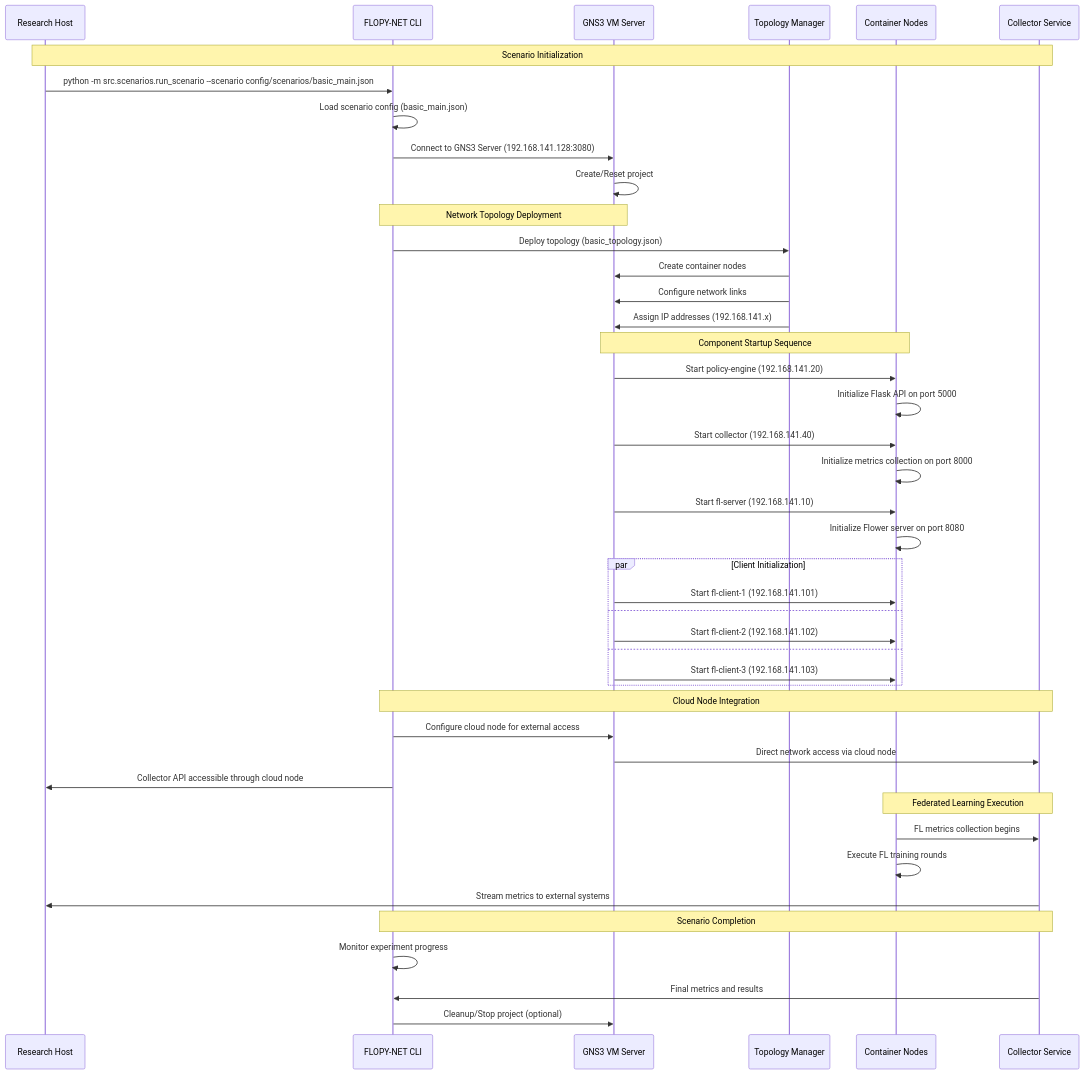
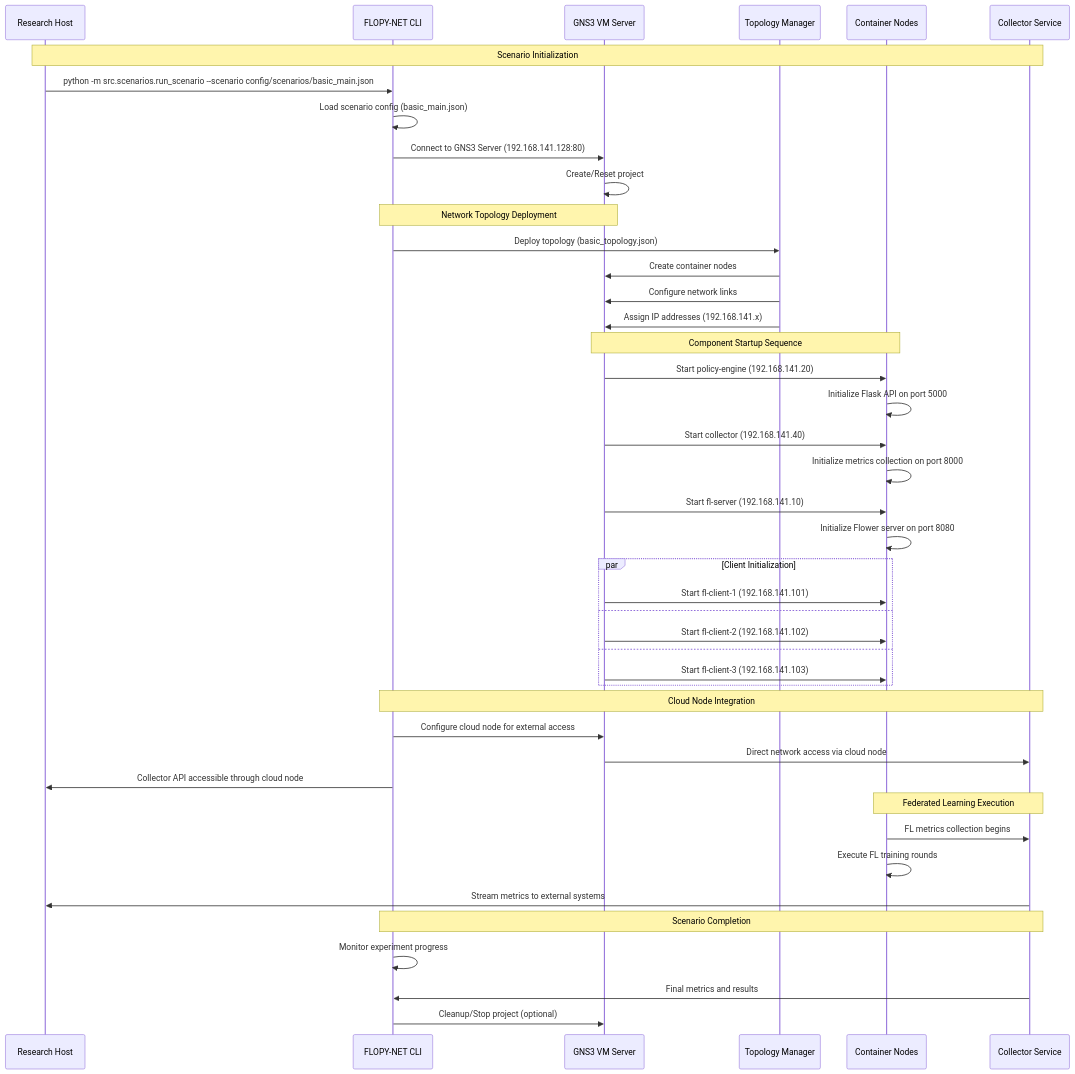
One commit to abdulmeLINK/flopy-net changed the second of 4 diagrams in docs/docs/components/collector.md. Above: the diagram before and after it, drawn with Mermaid. The commit also changed other lines of this file and 73 other files, not shown here.

````diff
--- a/docs/docs/components/collector.md
+++ b/docs/docs/components/collector.md
@@ -52,57 +52,57 @@
 ```mermaid
 sequenceDiagram
     participant Host as Research Host
     participant CLI as FLOPY-NET CLI
     participant GNS3 as GNS3 VM Server
     participant TOPO as Topology Manager
     participant NODES as Container Nodes
     participant COL as Collector Service
     
     Note over Host,COL: Scenario Initialization
     
     Host->>CLI: python -m src.scenarios.run_scenario --scenario config/scenarios/basic_main.json
     CLI->>CLI: Load scenario config (basic_main.json)
-    CLI->>GNS3: Connect to GNS3 Server (192.168.141.128:3080)
+    CLI->>GNS3: Connect to GNS3 Server (192.168.141.128:80)
     GNS3->>GNS3: Create/Reset project
     
     Note over CLI,GNS3: Network Topology Deployment
     
     CLI->>TOPO: Deploy topology (basic_topology.json)
     TOPO->>GNS3: Create container nodes
     TOPO->>GNS3: Configure network links
     TOPO->>GNS3: Assign IP addresses (192.168.141.x)
     
     Note over GNS3,NODES: Component Startup Sequence
     
     GNS3->>NODES: Start policy-engine (192.168.141.20)
     NODES->>NODES: Initialize Flask API on port 5000
     GNS3->>NODES: Start collector (192.168.141.40)
     NODES->>NODES: Initialize metrics collection on port 8000
     GNS3->>NODES: Start fl-server (192.168.141.10)
     NODES->>NODES: Initialize Flower server on port 8080
     
     par Client Initialization
         GNS3->>NODES: Start fl-client-1 (192.168.141.101)
     and
         GNS3->>NODES: Start fl-client-2 (192.168.141.102)
     and
         GNS3->>NODES: Start fl-client-3 (192.168.141.103)
     end
       Note over CLI,COL: Cloud Node Integration
     
     CLI->>GNS3: Configure cloud node for external access
     GNS3->>COL: Direct network access via cloud node
     CLI->>Host: Collector API accessible through cloud node
     
     Note over NODES,COL: Federated Learning Execution
     
     NODES->>COL: FL metrics collection begins
     NODES->>NODES: Execute FL training rounds
     COL->>Host: Stream metrics to external systems
     
     Note over CLI,COL: Scenario Completion
     
     CLI->>CLI: Monitor experiment progress
     COL->>CLI: Final metrics and results
     CLI->>GNS3: Cleanup/Stop project (optional)
 ```
````
